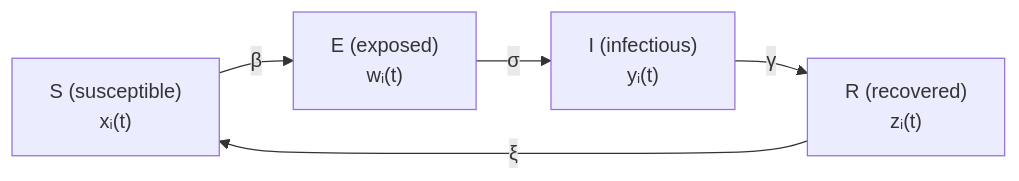
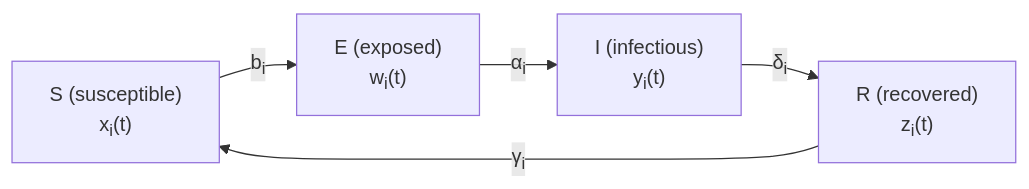
Before and after one commit to nasmi32/thesis: the second of 2 diagrams in term-paper/text/chapter01.qmd, drawn with Mermaid. The commit also changed other lines of this file, not shown here.

````diff
--- a/term-paper/text/chapter01.qmd
+++ b/term-paper/text/chapter01.qmd
@@ -121,15 +95,15 @@
 ```{mermaid}
 %%| label: fig-seirs-nimfa-diagram
 %%| fig-cap: "Диаграмма эволюции особи в модели SEIRS-NIMFA"
 
 flowchart LR
-    S["S (susceptible)<br/>xᵢ(t)"]
-    E["E (exposed)<br/>wᵢ(t)"]
-    I["I (infectious)<br/>yᵢ(t)"]
-    R["R (recovered)<br/>zᵢ(t)"]
+    S["S (susceptible)<br/>x<sub>i</sub>(t)"]
+    E["E (exposed)<br/>w<sub>i</sub>(t)"]
+    I["I (infectious)<br/>y<sub>i</sub>(t)"]
+    R["R (recovered)<br/>z<sub>i</sub>(t)"]
 
-    S -->|β| E
-    E -->|σ| I
-    I -->|γ| R
-    R -->|ξ| S
+    S -->|b<sub>i</sub>| E
+    E -->|"&alpha;<sub>i</sub>"| I
+    I -->|"&delta;<sub>i</sub>"| R
+    R -->|"&gamma;<sub>i</sub>"| S
 ```
````
